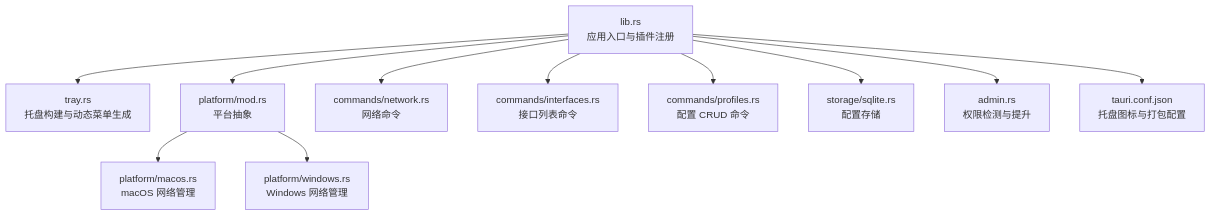
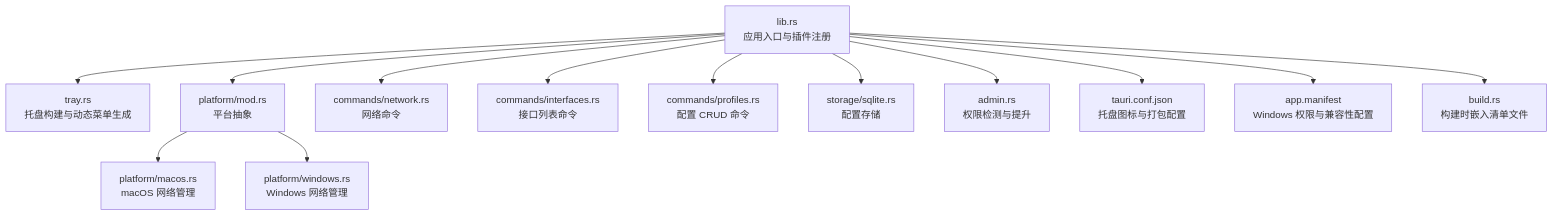
The first of 9 diagrams in .qoder/repowiki/zh/content/系统集成/系统集成.md (xdongliang/IPSwitcher), drawn with Mermaid before and after one commit. The commit also changed other lines of this file and 12 other files, not shown here.

````diff
--- a/.qoder/repowiki/zh/content/系统集成/系统集成.md
+++ b/.qoder/repowiki/zh/content/系统集成/系统集成.md
@@ -49,13 +53,15 @@
 ```mermaid
 graph TB
 A["lib.rs<br/>应用入口与插件注册"] --> B["tray.rs<br/>托盘构建与动态菜单生成"]
 A --> C["platform/mod.rs<br/>平台抽象"]
 C --> C1["platform/macos.rs<br/>macOS 网络管理"]
 C --> C2["platform/windows.rs<br/>Windows 网络管理"]
 A --> D["commands/network.rs<br/>网络命令"]
 A --> E["commands/interfaces.rs<br/>接口列表命令"]
 A --> F["commands/profiles.rs<br/>配置 CRUD 命令"]
 A --> G["storage/sqlite.rs<br/>配置存储"]
 A --> H["admin.rs<br/>权限检测与提升"]
 A --> I["tauri.conf.json<br/>托盘图标与打包配置"]
+A --> J["app.manifest<br/>Windows 权限与兼容性配置"]
+A --> K["build.rs<br/>构建时嵌入清单文件"]
 ```
````
